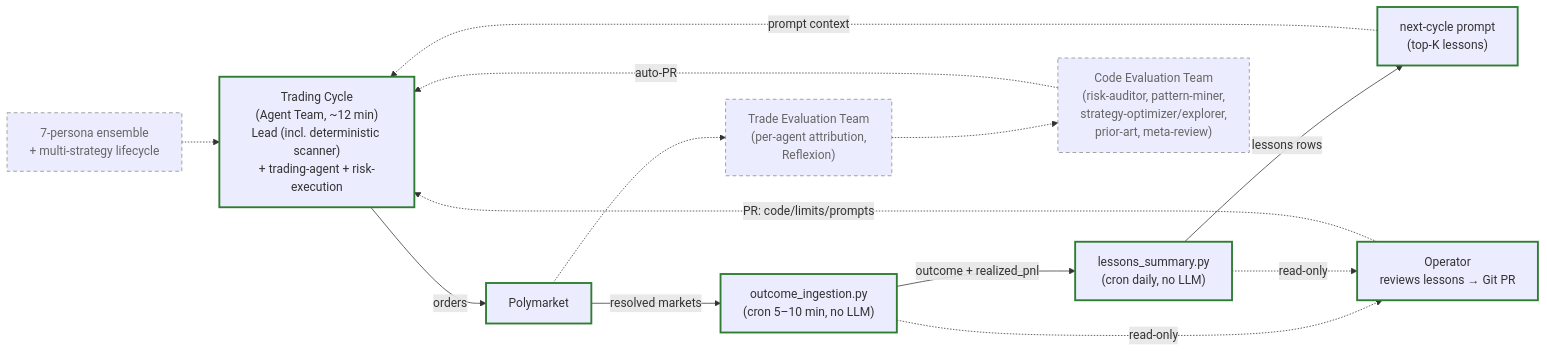
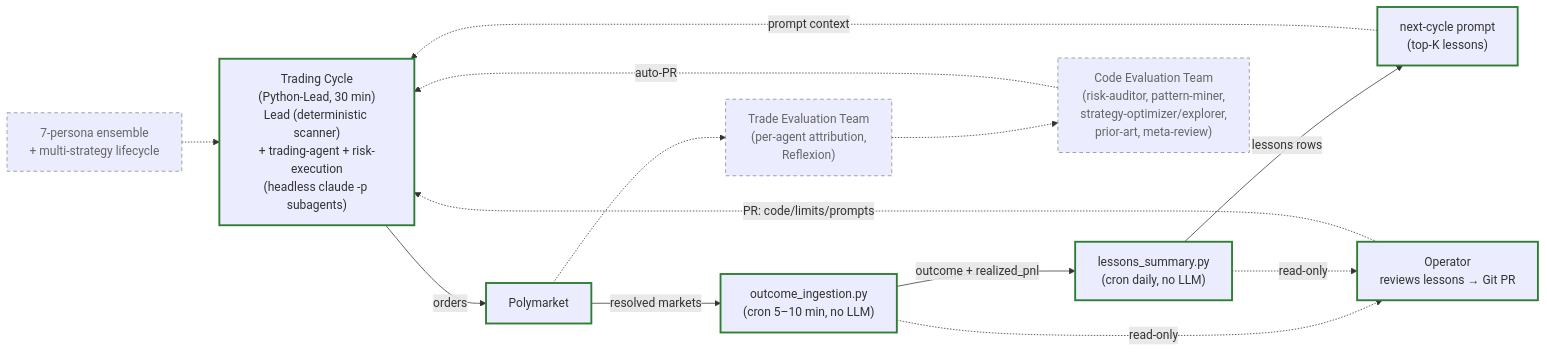
The diagram in specs/specs.md (facchini-mika/autonomous-trading), drawn with Mermaid before and after one commit. The commit also changed other lines of this file and 12 other files, not shown here.

````diff
--- a/specs/specs.md
+++ b/specs/specs.md
@@ -9,35 +9,35 @@
 ```mermaid
 flowchart LR
     %% MVP-aktuelle Komponenten (solid)
-    TradingCycle["Trading Cycle<br/>(Agent Team, ~12 min)<br/>Lead (incl. deterministic scanner)<br/>+ trading-agent + risk-execution"]
+    TradingCycle["Trading Cycle<br/>(Python-Lead, 30 min)<br/>Lead (deterministic scanner)<br/>+ trading-agent + risk-execution<br/>(headless claude -p subagents)"]
     Polymarket[Polymarket]
     OutcomeScript["outcome_ingestion.py<br/>(cron 5–10 min, no LLM)"]
     LessonsScript["lessons_summary.py<br/>(cron daily, no LLM)"]
     Operator["Operator<br/>reviews lessons → Git PR"]
     NextCycle["next-cycle prompt<br/>(top-K lessons)"]
 
     %% Post-MVP (dashed)
     TradeEvalTeam["Trade Evaluation Team<br/>(per-agent attribution,<br/>Reflexion)"]
     CodeEvalTeam["Code Evaluation Team<br/>(risk-auditor, pattern-miner,<br/>strategy-optimizer/explorer,<br/>prior-art, meta-review)"]
     Ensemble["7-persona ensemble<br/>+ multi-strategy lifecycle"]
 
     TradingCycle -->|orders| Polymarket
     Polymarket -->|resolved markets| OutcomeScript
     OutcomeScript -->|outcome + realized_pnl| LessonsScript
     LessonsScript -->|lessons rows| NextCycle
     NextCycle -.->|prompt context| TradingCycle
     OutcomeScript -.->|read-only| Operator
     LessonsScript -.->|read-only| Operator
     Operator -.->|PR: code/limits/prompts| TradingCycle
 
     %% Post-MVP-Pfad
     Polymarket -.-> TradeEvalTeam
     TradeEvalTeam -.-> CodeEvalTeam
     CodeEvalTeam -.->|auto-PR| TradingCycle
     Ensemble -.-> TradingCycle
 
     classDef mvp stroke:#2e7d32,stroke-width:2.5px;
     classDef postmvp stroke:#888,stroke-width:1px,stroke-dasharray:5 4,color:#666;
     class TradingCycle,Polymarket,OutcomeScript,LessonsScript,Operator,NextCycle mvp;
     class TradeEvalTeam,CodeEvalTeam,Ensemble postmvp;
 ```
````
